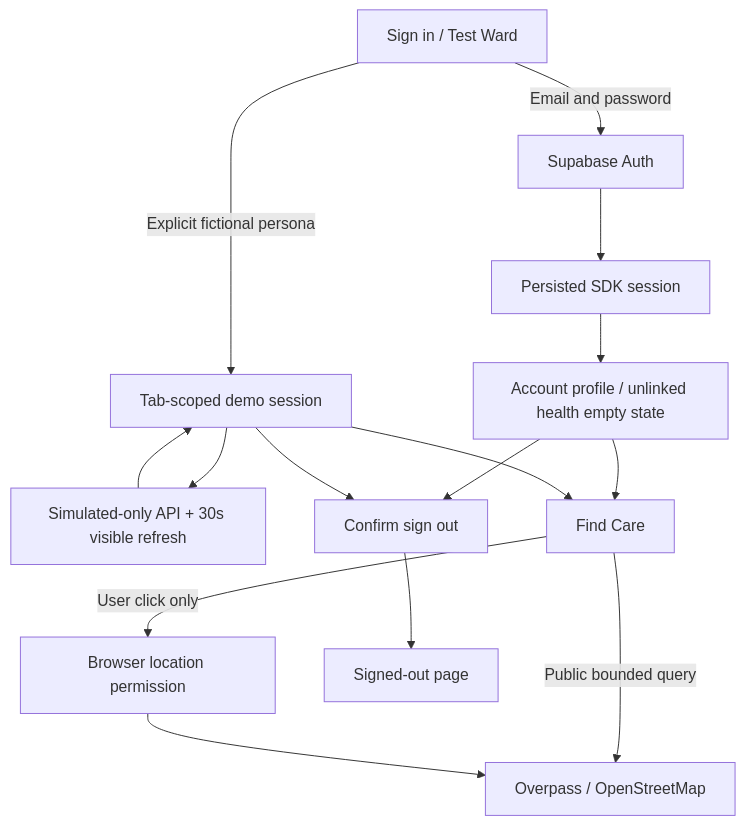
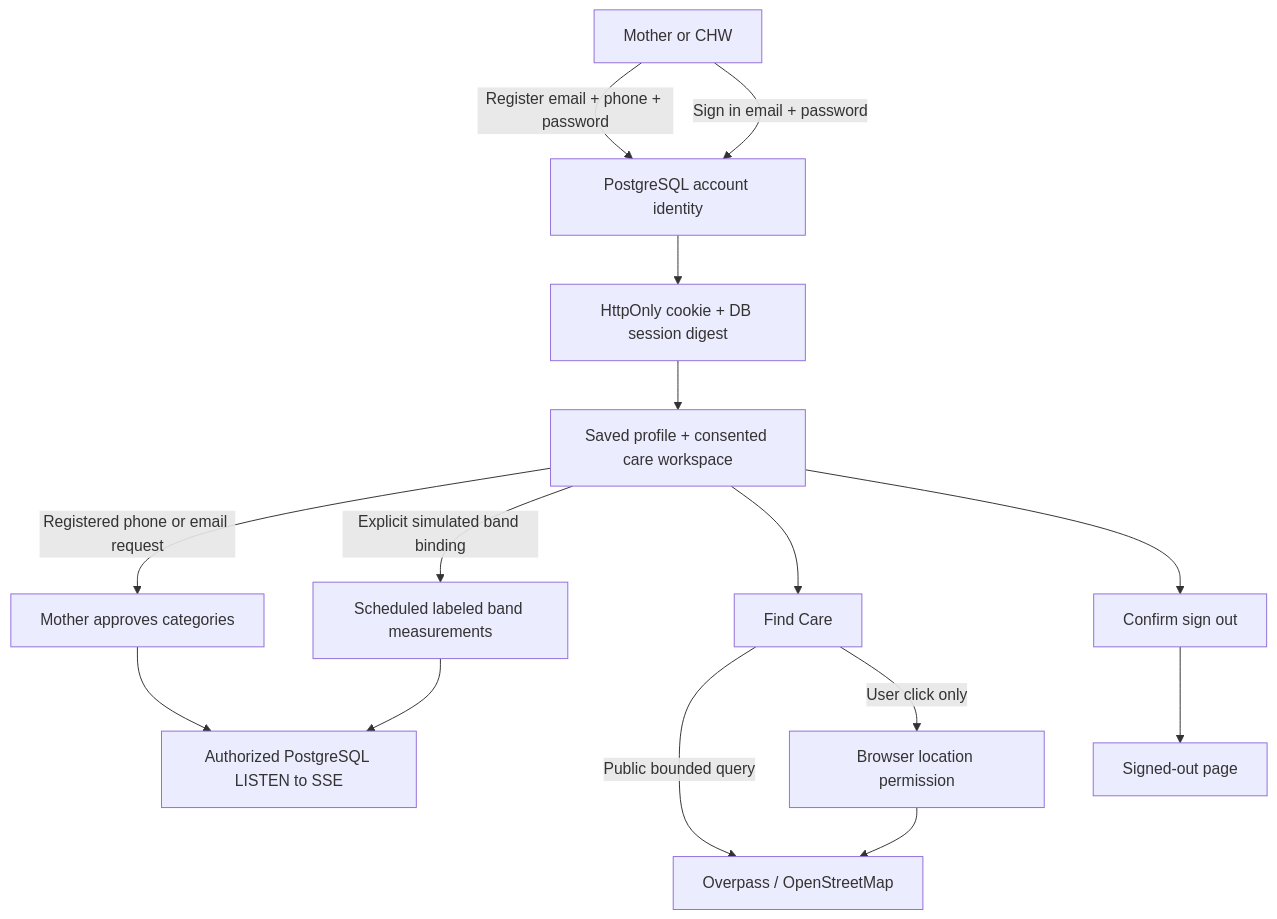
Before and after one commit to imranshiundu/afyanine: the diagram in docs/accounts-care.md, drawn with Mermaid. The commit also changed other lines of this file and 31 other files, not shown here.

First line of the commit message:
feat: connect password accounts with live care alerts and bound-band simulation

````diff
--- a/docs/accounts-care.md
+++ b/docs/accounts-care.md
@@ -52,17 +58,17 @@
 ```mermaid
 flowchart TD
-  Entry[Sign in / Test Ward] -->|Email and password| Auth[Supabase Auth]
-  Auth --> Session[Persisted SDK session]
-  Session --> Account[Account profile / unlinked health empty state]
-  Entry -->|Explicit fictional persona| Demo[Tab-scoped demo session]
-  Demo --> API[Simulated-only API + 30s visible refresh]
-  API --> Demo
+  Entry[Mother or CHW] -->|Register email + phone + password| Auth[PostgreSQL account identity]
+  Entry -->|Sign in email + password| Auth
+  Auth --> Session[HttpOnly cookie + DB session digest]
+  Session --> Account[Saved profile + consented care workspace]
+  Account -->|Registered phone or email request| Approval[Mother approves categories]
+  Approval --> Live[Authorized PostgreSQL LISTEN to SSE]
+  Account -->|Explicit simulated band binding| Band[Scheduled labeled band measurements]
+  Band --> Live
   Account --> Care[Find Care]
-  Demo --> Care
   Care -->|Public bounded query| OSM[Overpass / OpenStreetMap]
   Care -->|User click only| Location[Browser location permission]
   Location --> OSM
   Account --> Logout[Confirm sign out]
-  Demo --> Logout
   Logout --> SignedOut[Signed-out page]
 ```
````
